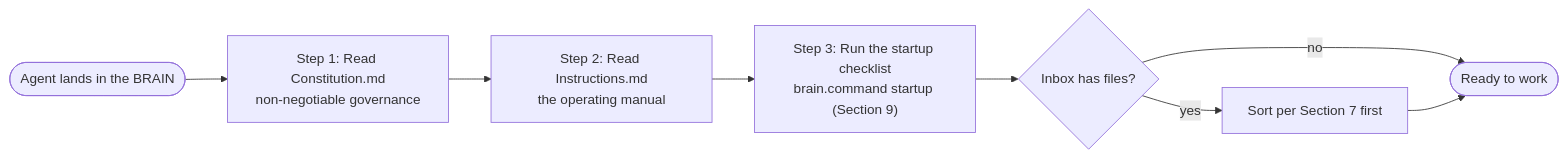
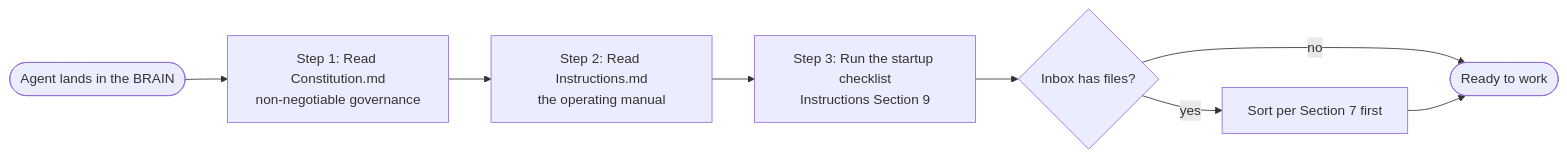
Before and after one commit to tannergolden/knowledge: the diagram in AGENTS.md, drawn with Mermaid. The commit also changed other lines of this file and 184 other files, not shown here.

````diff
--- a/AGENTS.md
+++ b/AGENTS.md
@@ -29,10 +28,10 @@
 ```mermaid
 flowchart LR
     A([Agent lands in the BRAIN]) --> B["Step 1: Read Constitution.md<br/>non-negotiable governance"]
     B --> C["Step 2: Read Instructions.md<br/>the operating manual"]
-    C --> D["Step 3: Run the startup checklist<br/>brain.command startup (Section 9)"]
+    C --> D["Step 3: Run the startup checklist<br/>Instructions Section 9"]
     D --> E{Inbox has files?}
     E -- yes --> F[Sort per Section 7 first]
     E -- no --> G([Ready to work])
     F --> G
 ```
````
